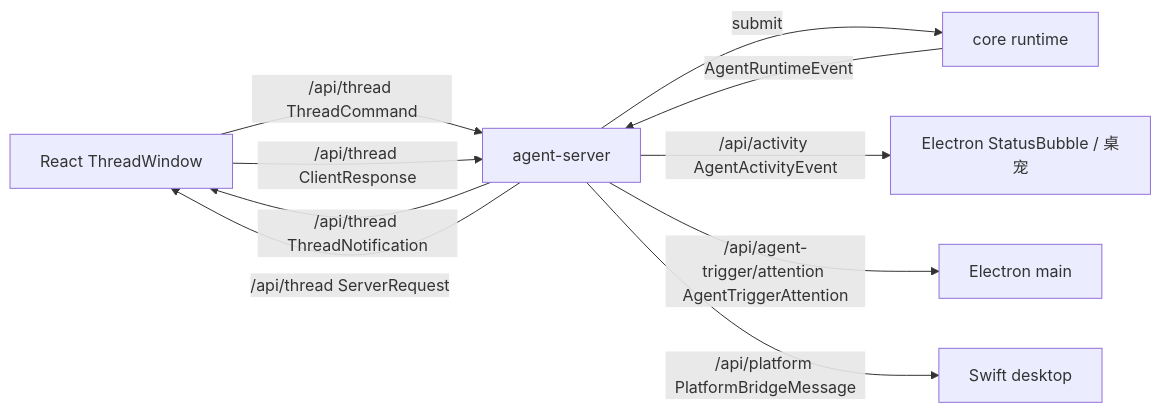
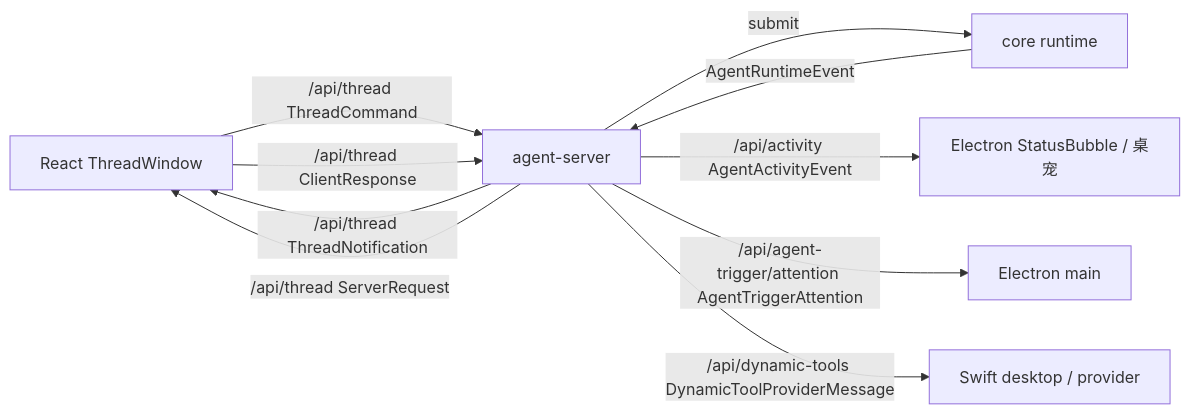
The diagram in packages/core/src/protocol/protocol.md (Lixuhang987/Wisp-Pocket), drawn with Mermaid before and after one commit. The commit also changed other lines of this file and 115 other files, not shown here.

Commit message:
Implement dynamic tool provider routing

````diff
--- a/packages/core/src/protocol/protocol.md
+++ b/packages/core/src/protocol/protocol.md
@@ -28,12 +29,12 @@
 ```mermaid
 flowchart LR
   A[React ThreadWindow] -->|/api/thread ThreadCommand| B[agent-server]
   B -->|submit| C[core runtime]
   C -->|AgentRuntimeEvent| B
   B -->|/api/thread ThreadNotification| A
   B -->|/api/thread ServerRequest| A
   A -->|/api/thread ClientResponse| B
   B -->|/api/activity AgentActivityEvent| E[Electron StatusBubble / 桌宠]
   B -->|/api/agent-trigger/attention AgentTriggerAttention| EA[Electron main]
-  B -->|/api/platform PlatformBridgeMessage| D[Swift desktop]
+  B -->|/api/dynamic-tools DynamicToolProviderMessage| D[Swift desktop / provider]
 ```
````
